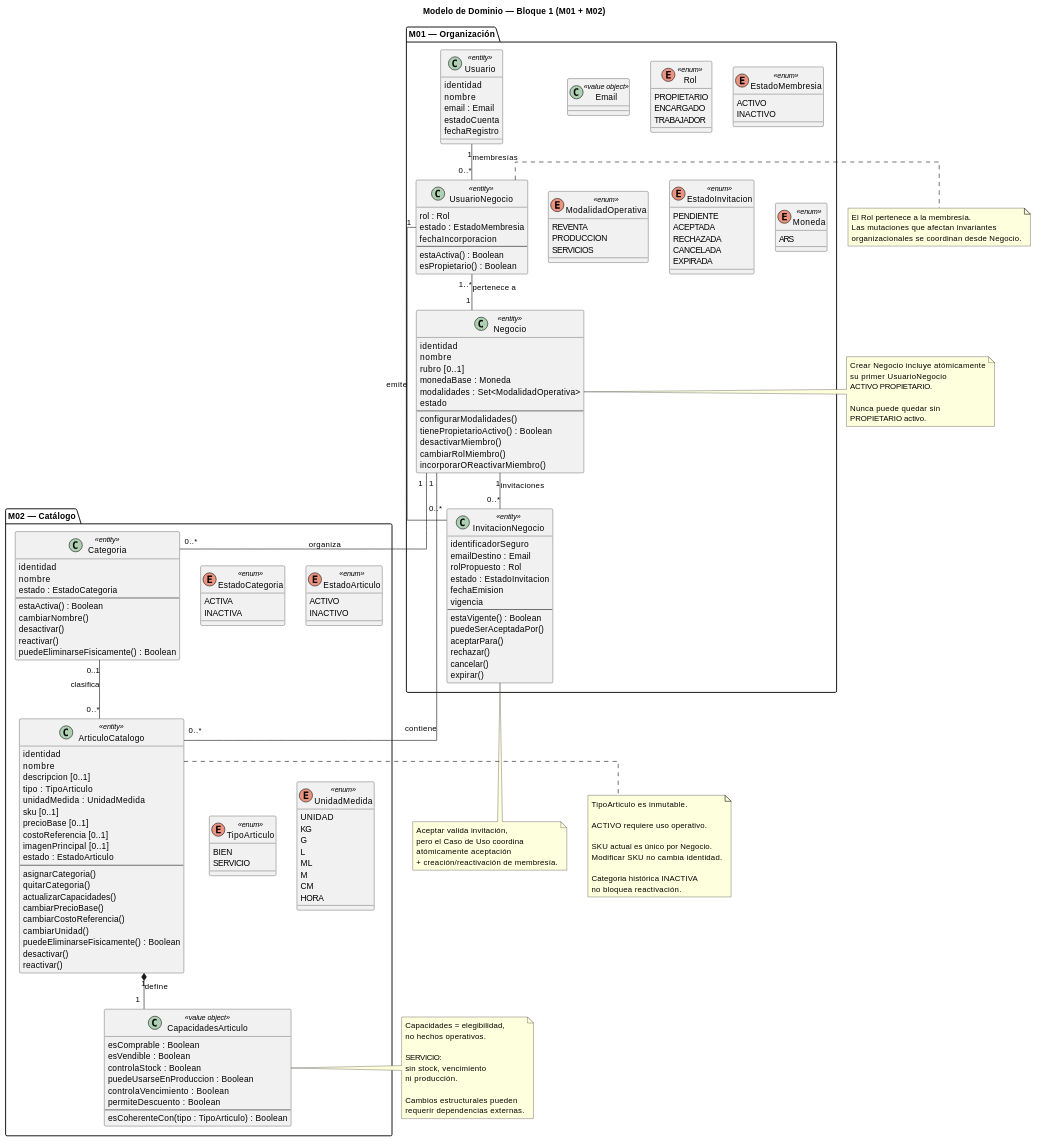
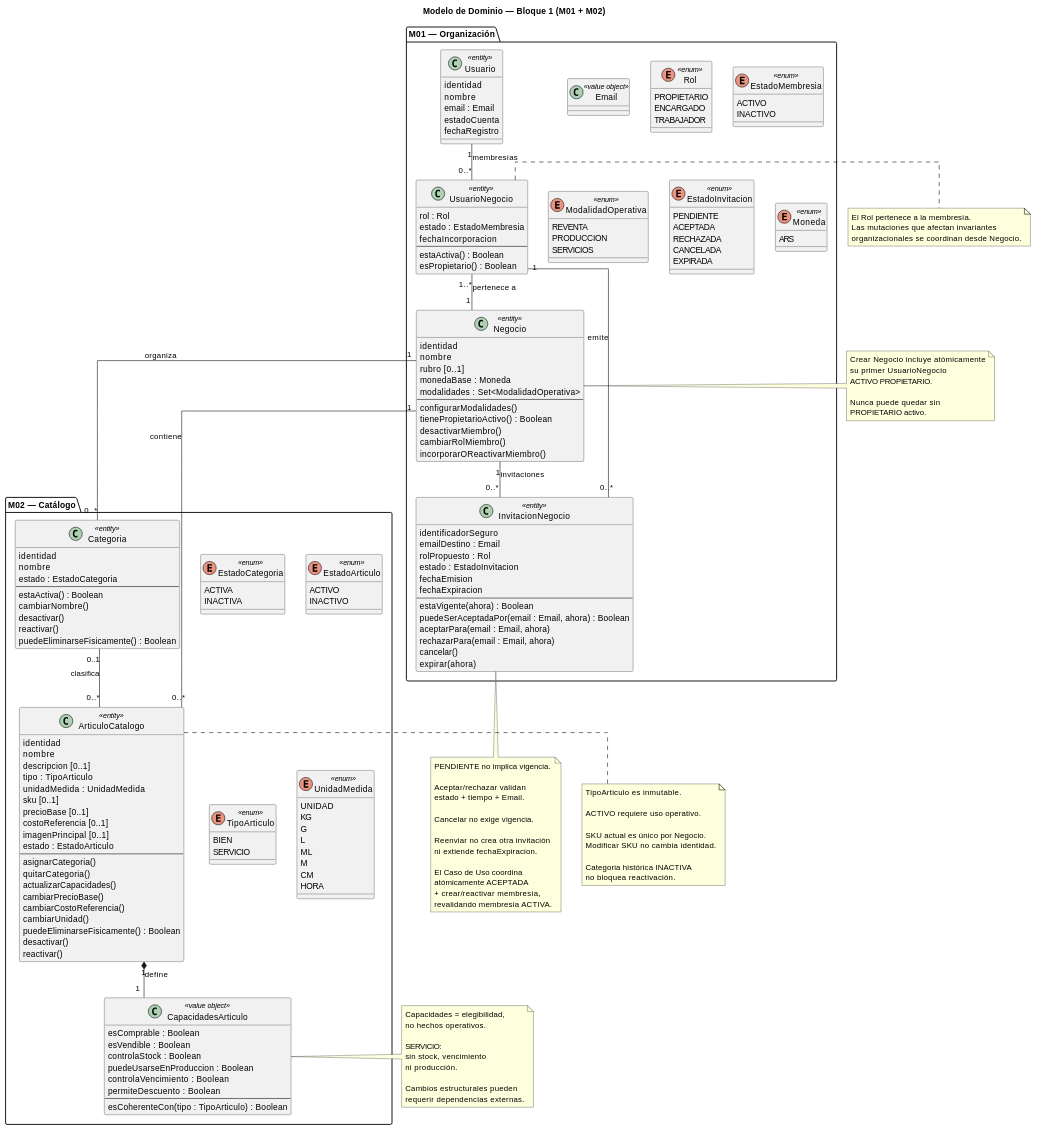
The diagram in Proyecto-3-Extendido-Generico/modelo-dominio/bloque-1-fundacion/01-modelo-dominio-bloque-1.md (Jorge10192/TP-Programacion2-UNSAM-2C2026), drawn with PlantUML before and after one commit. The commit also changed other lines of this file, not shown here.

```diff
--- a/Proyecto-3-Extendido-Generico/modelo-dominio/bloque-1-fundacion/01-modelo-dominio-bloque-1.md
+++ b/Proyecto-3-Extendido-Generico/modelo-dominio/bloque-1-fundacion/01-modelo-dominio-bloque-1.md
@@ -2798,7 +3421,6 @@
   rubro [0..1]
   monedaBase : Moneda
   modalidades : Set<ModalidadOperativa>
-  estado
   --
   configurarModalidades()
   tienePropietarioActivo() : Boolean
@@ -2822,14 +3444,14 @@
   rolPropuesto : Rol
   estado : EstadoInvitacion
   fechaEmision
-  vigencia
+  fechaExpiracion
   --
-  estaVigente() : Boolean
-  puedeSerAceptadaPor()
-  aceptarPara()
-  rechazar()
+  estaVigente(ahora) : Boolean
+  puedeSerAceptadaPor(email : Email, ahora) : Boolean
+  aceptarPara(email : Email, ahora)
+  rechazarPara(email : Email, ahora)
   cancelar()
-  expirar()
+  expirar(ahora)
 }
 
 class Email <<value object>>
@@ -2970,10 +3592,20 @@
 end note
 
 note bottom of InvitacionNegocio
-Aceptar valida invitación,
-pero el Caso de Uso coordina
-atómicamente aceptación
-+ creación/reactivación de membresía.
+PENDIENTE no implica vigencia.
+
+Aceptar/rechazar validan
+estado + tiempo + Email.
+
+Cancelar no exige vigencia.
+
+Reenviar no crea otra invitación
+ni extiende fechaExpiracion.
+
+El Caso de Uso coordina
+atómicamente ACEPTADA
++ crear/reactivar membresía,
+revalidando membresía ACTIVA.
 end note
 
 note right of ArticuloCatalogo
```
